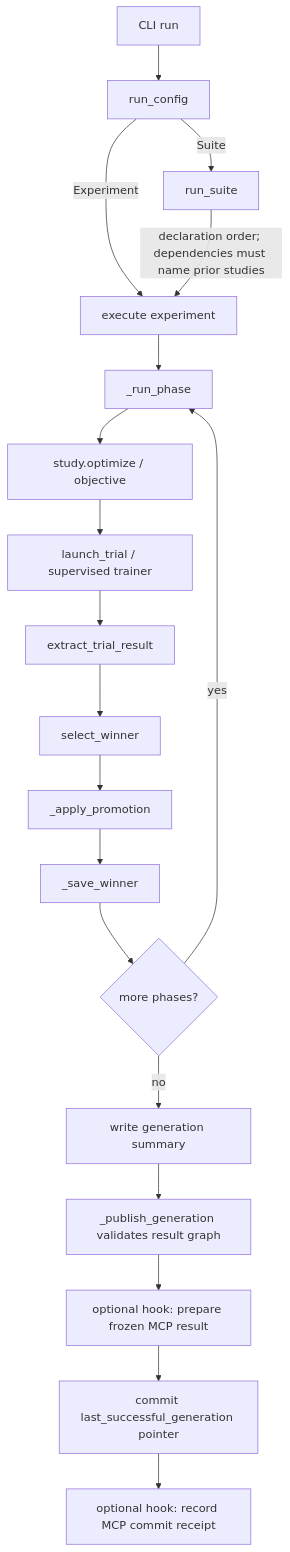
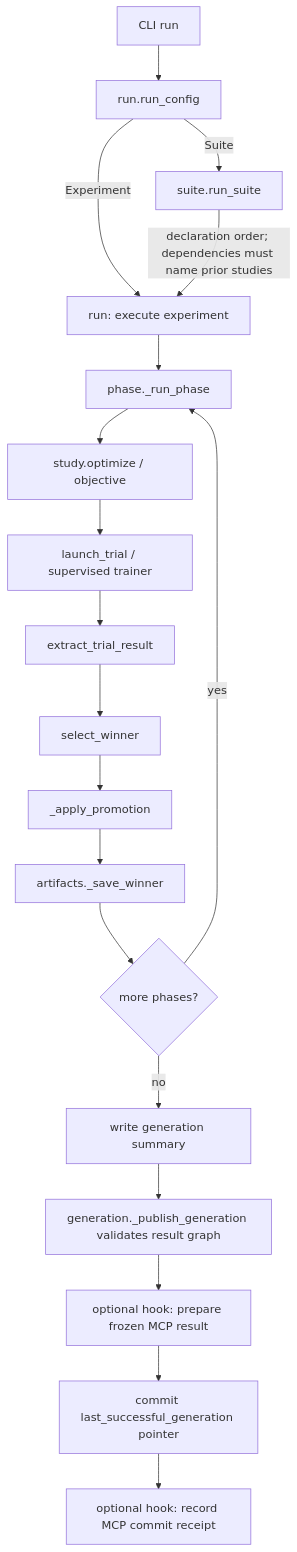
The diagram in docs/development.md (pszemraj/phasesweep), drawn with Mermaid before and after one commit. The commit also changed other lines of this file and 91 other files, not shown here.

````diff
--- a/docs/development.md
+++ b/docs/development.md
@@ -49,21 +62,21 @@
 ```mermaid
 flowchart TD
-    cli["CLI run"] --> dispatch["run_config"]
-    dispatch -->|Experiment| experiment["execute experiment"]
-    dispatch -->|Suite| suite["run_suite"]
+    cli["CLI run"] --> dispatch["run.run_config"]
+    dispatch -->|Experiment| experiment["run: execute experiment"]
+    dispatch -->|Suite| suite["suite.run_suite"]
     suite -->|"declaration order; dependencies must name prior studies"| experiment
-    experiment --> phase["_run_phase"]
+    experiment --> phase["phase._run_phase"]
     phase --> optimize["study.optimize / objective"]
     optimize --> launch["launch_trial / supervised trainer"]
     launch --> evidence["extract_trial_result"]
     evidence --> select["select_winner"]
     select --> promote["_apply_promotion"]
-    promote --> winner["_save_winner"]
+    promote --> winner["artifacts._save_winner"]
     winner --> more{"more phases?"}
     more -->|yes| phase
     more -->|no| summary["write generation summary"]
-    summary --> publish["_publish_generation validates result graph"]
+    summary --> publish["generation._publish_generation validates result graph"]
     publish --> sidecar["optional hook: prepare frozen MCP result"]
     sidecar --> pointer["commit last_successful_generation pointer"]
     pointer --> receipt["optional hook: record MCP commit receipt"]
 ```
````
